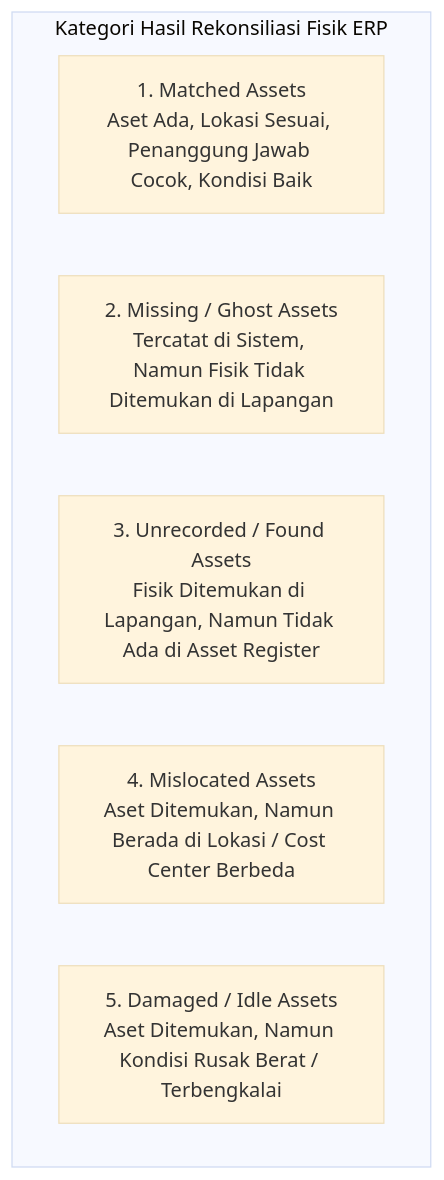
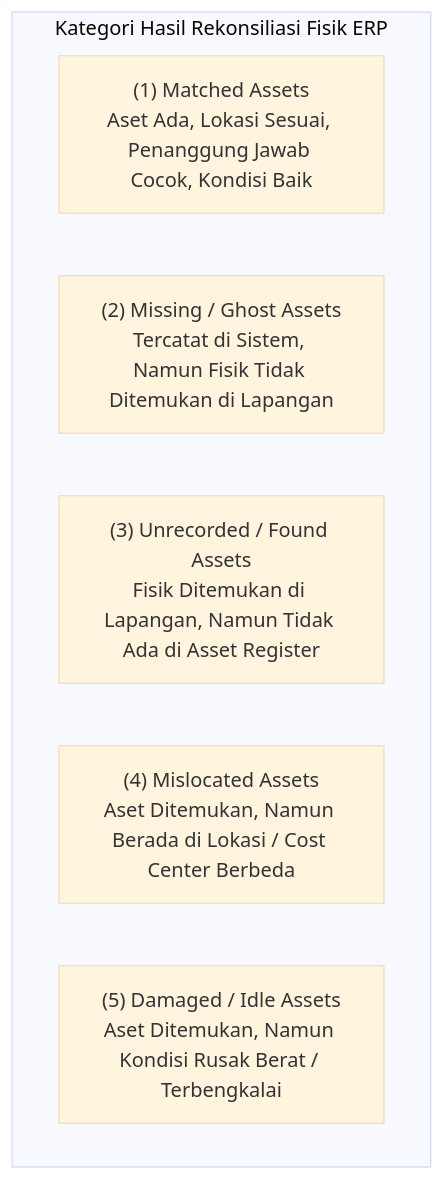
Before and after one commit to alimurrofid/erp-notes: the second of 3 diagrams in content/08-assets/physical-asset-verification.md, drawn with Mermaid (base theme). The commit also changed other lines of this file and 132 other files, not shown here.

````diff
--- a/content/08-assets/physical-asset-verification.md
+++ b/content/08-assets/physical-asset-verification.md
@@ -56,10 +56,10 @@
 ```mermaid
 graph TD
     subgraph ReconciliationOutcomes["Kategori Hasil Rekonsiliasi Fisik ERP"]
-        M["1. Matched Assets<br/>Aset Ada, Lokasi Sesuai, Penanggung Jawab Cocok, Kondisi Baik"]
-        G["2. Missing / Ghost Assets<br/>Tercatat di Sistem, Namun Fisik Tidak Ditemukan di Lapangan"]
-        U["3. Unrecorded / Found Assets<br/>Fisik Ditemukan di Lapangan, Namun Tidak Ada di Asset Register"]
-        L["4. Mislocated Assets<br/>Aset Ditemukan, Namun Berada di Lokasi / Cost Center Berbeda"]
-        D["5. Damaged / Idle Assets<br/>Aset Ditemukan, Namun Kondisi Rusak Berat / Terbengkalai"]
+        M["(1) Matched Assets<br/>Aset Ada, Lokasi Sesuai, Penanggung Jawab Cocok, Kondisi Baik"]
+        G["(2) Missing / Ghost Assets<br/>Tercatat di Sistem, Namun Fisik Tidak Ditemukan di Lapangan"]
+        U["(3) Unrecorded / Found Assets<br/>Fisik Ditemukan di Lapangan, Namun Tidak Ada di Asset Register"]
+        L["(4) Mislocated Assets<br/>Aset Ditemukan, Namun Berada di Lokasi / Cost Center Berbeda"]
+        D["(5) Damaged / Idle Assets<br/>Aset Ditemukan, Namun Kondisi Rusak Berat / Terbengkalai"]
     end
 ```
````
